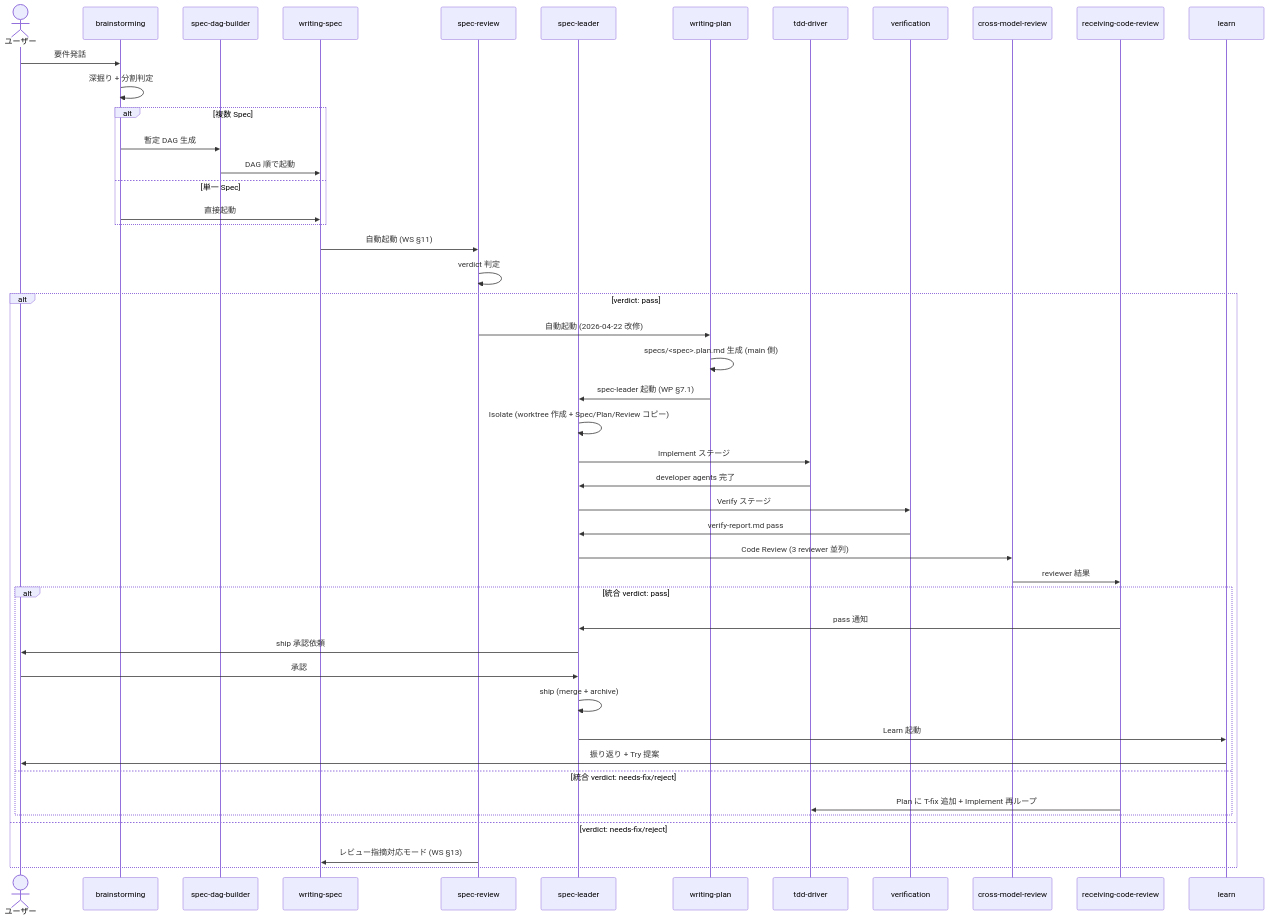
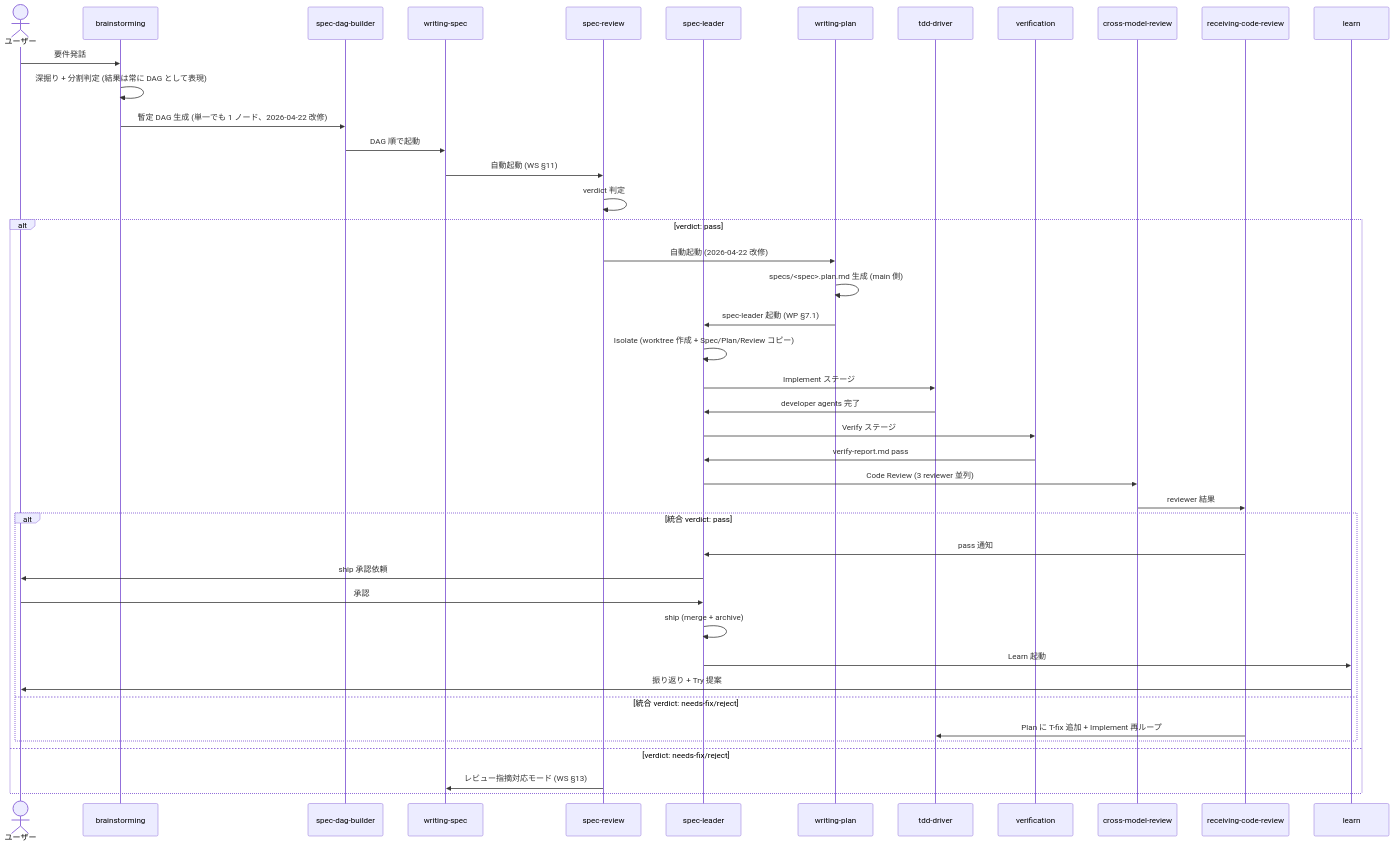
The second of 4 diagrams in docs/components-map.md (gassn/my-workflows), drawn with Mermaid before and after one commit. The commit also changed other lines of this file and 2 other files, not shown here.

Commit message:
改修 D+E: spec-leader §5.1.1 DAG 順起動 + writing-spec dag.md 必須前提 + components-map 分岐削除

````diff
--- a/docs/components-map.md
+++ b/docs/components-map.md
@@ -101,50 +100,46 @@
 ```mermaid
 sequenceDiagram
     actor User as ユーザー
     participant BS as brainstorming
     participant DAG as spec-dag-builder
     participant WS as writing-spec
     participant SR as spec-review
     participant SL as spec-leader
     participant WP as writing-plan
     participant TDD as tdd-driver
     participant VB as verification
     participant XMR as cross-model-review
     participant RCR as receiving-code-review
     participant LRN as learn
 
     User->>BS: 要件発話
-    BS->>BS: 深掘り + 分割判定
-    alt 複数 Spec
-        BS->>DAG: 暫定 DAG 生成
-        DAG->>WS: DAG 順で起動
-    else 単一 Spec
-        BS->>WS: 直接起動
-    end
+    BS->>BS: 深掘り + 分割判定 (結果は常に DAG として表現)
+    BS->>DAG: 暫定 DAG 生成 (単一でも 1 ノード、2026-04-22 改修)
+    DAG->>WS: DAG 順で起動
     WS->>SR: 自動起動 (WS §11)
     SR->>SR: verdict 判定
     alt verdict: pass
         SR->>WP: 自動起動 (2026-04-22 改修)
         WP->>WP: specs/<spec>.plan.md 生成 (main 側)
         WP->>SL: spec-leader 起動 (WP §7.1)
         SL->>SL: Isolate (worktree 作成 + Spec/Plan/Review コピー)
         SL->>TDD: Implement ステージ
         TDD->>SL: developer agents 完了
         SL->>VB: Verify ステージ
         VB->>SL: verify-report.md pass
         SL->>XMR: Code Review (3 reviewer 並列)
         XMR->>RCR: reviewer 結果
         alt 統合 verdict: pass
             RCR->>SL: pass 通知
             SL->>User: ship 承認依頼
             User->>SL: 承認
             SL->>SL: ship (merge + archive)
             SL->>LRN: Learn 起動
             LRN->>User: 振り返り + Try 提案
         else 統合 verdict: needs-fix/reject
             RCR->>TDD: Plan に T-fix 追加 + Implement 再ループ
         end
     else verdict: needs-fix/reject
         SR->>WS: レビュー指摘対応モード (WS §13)
     end
 ```
````
